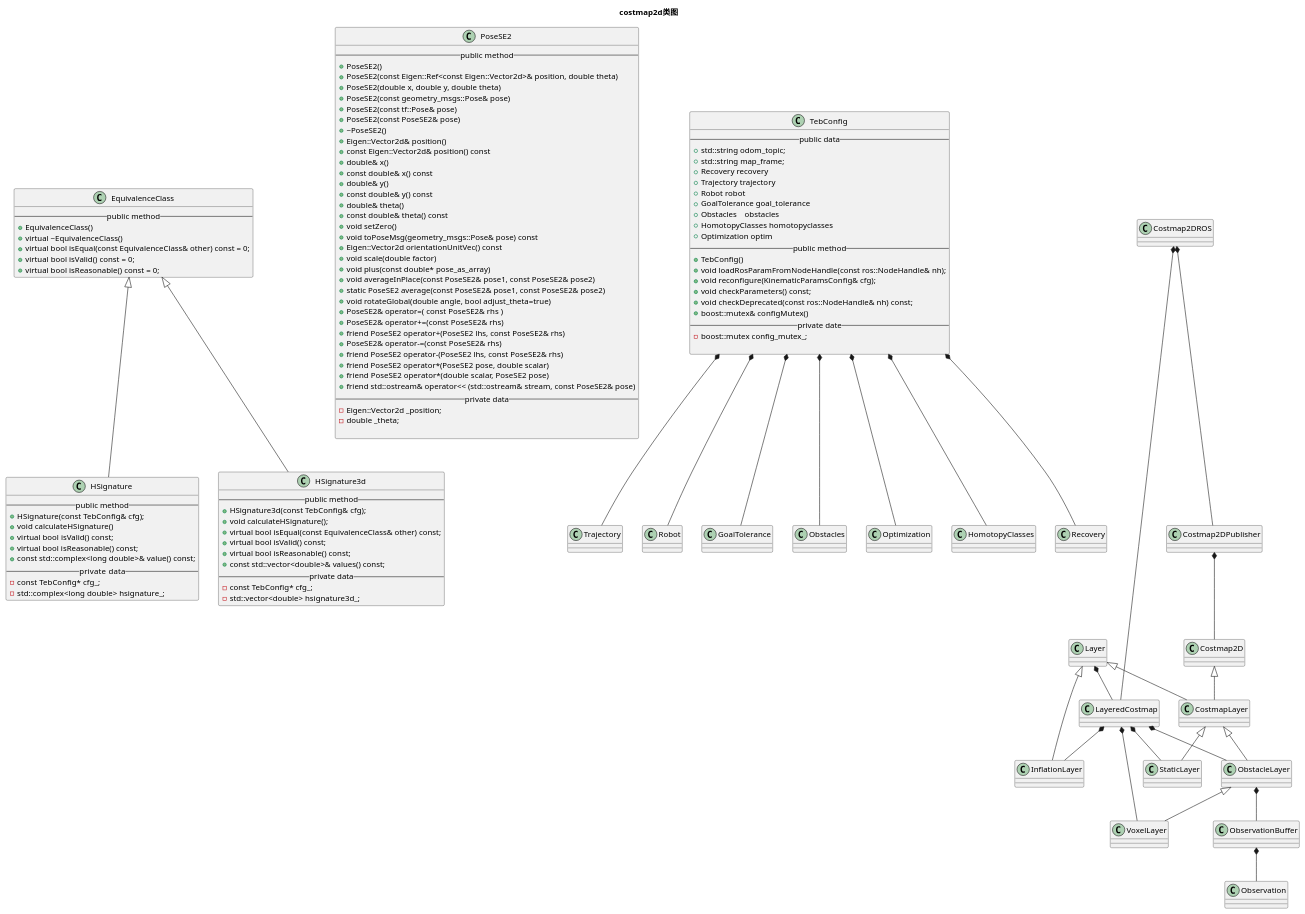
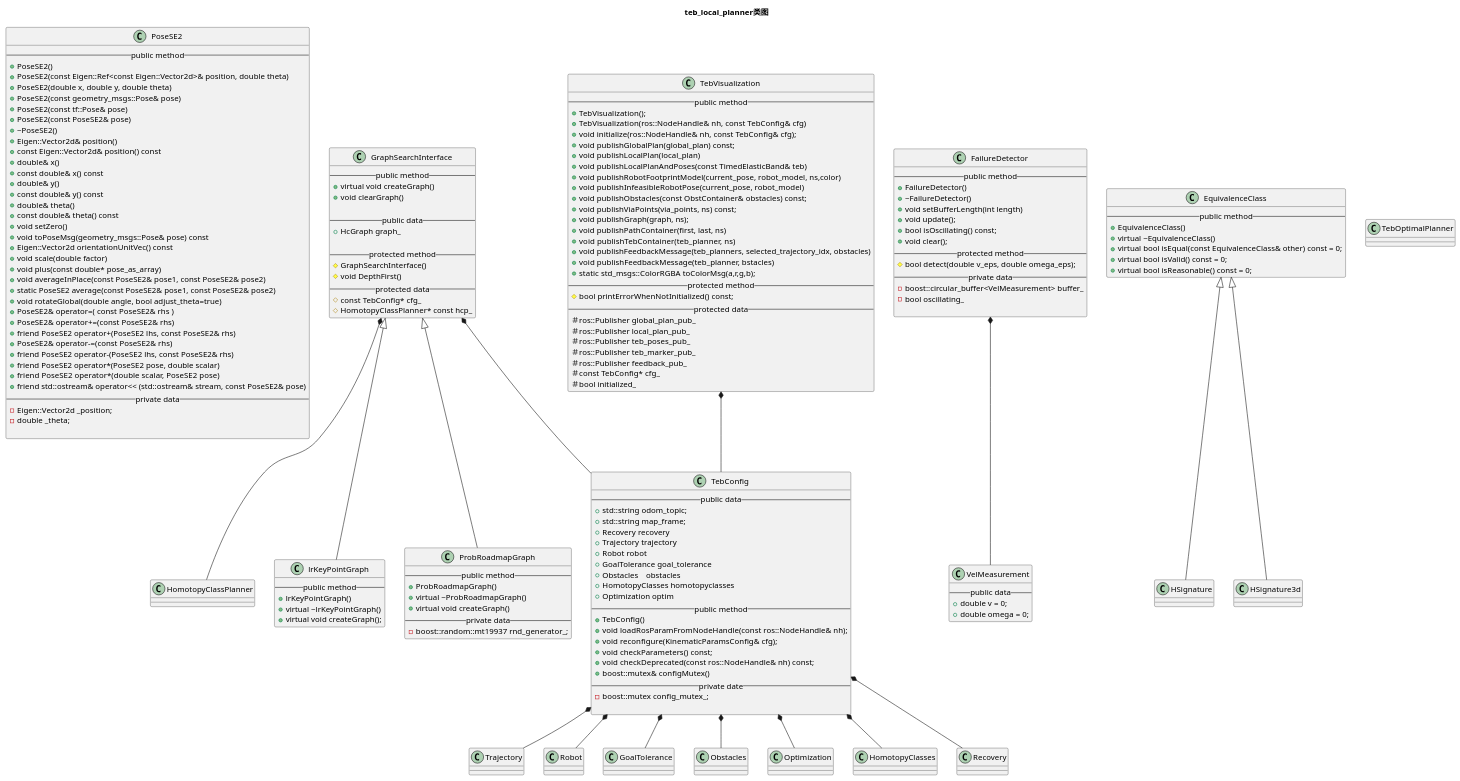
One commit to cf-zhang/documents changed the diagram in ros/umlresource/teb/teb_local_planner.puml. Above: the diagram before and after it, drawn with PlantUML. The commit also changed other lines of this file and 4 other files, not shown here.

```diff
--- a/ros/umlresource/teb/teb_local_planner.puml
+++ b/ros/umlresource/teb/teb_local_planner.puml
@@ -1,18 +2,5 @@
 @startuml
-Title "costmap2d类图"
-
-class EquivalenceClass
-{
--- public method --
-   +EquivalenceClass()
-   +virtual ~EquivalenceClass()
-   +virtual bool isEqual(const EquivalenceClass& other) const = 0;
-   +virtual bool isValid() const = 0;
-   +virtual bool isReasonable() const = 0;
-}
-
-
-
+Title "teb_local_planner类图"
 class PoseSE2
 {
 -- public method --
@@ -54,33 +42,103 @@
 }
 
 
+class HomotopyClassPlanner
+
+
+class GraphSearchInterface
+{
+-- public method --
++virtual void createGraph()
++void clearGraph()
+
+-- public data --
++HcGraph graph_
+
+-- protected method --
+#GraphSearchInterface()
+#void DepthFirst()
+-- protected data --
+#const TebConfig* cfg_
+#HomotopyClassPlanner* const hcp_
+}
+
+
+class lrKeyPointGraph
+{
+-- public method --
++lrKeyPointGraph()
++virtual ~lrKeyPointGraph()
++virtual void createGraph();
+}
+
+
+class ProbRoadmapGraph
+{
+-- public method --
++ProbRoadmapGraph()
++virtual ~ProbRoadmapGraph()
++virtual void createGraph()
+--private data  --
+-boost::random::mt19937 rnd_generator_;
+}
+
+GraphSearchInterface *-- HomotopyClassPlanner
+GraphSearchInterface *-- TebConfig
+GraphSearchInterface <|-- lrKeyPointGraph
+GraphSearchInterface <|-- ProbRoadmapGraph
+
+
+class VelMeasurement
+{
+-- public data --
++double v = 0;
++double omega = 0;
+}
+class FailureDetector
+{
+-- public method --
++FailureDetector()
++~FailureDetector()
++void setBufferLength(int length)
++void update();
++bool isOscillating() const;
++void clear();
+-- protected method --
+#bool detect(double v_eps, double omega_eps);
+-- private data --
+-boost::circular_buffer<VelMeasurement> buffer_
+-bool oscillating_
+
+}
+
+FailureDetector *-- VelMeasurement
+
+
+
+
+
+
+
+
+
+
+
+
 
 class HSignature
+class HSignature3d
+class EquivalenceClass
 {
 -- public method --
-  +HSignature(const TebConfig& cfg);
-  +void calculateHSignature()
-  +virtual bool isValid() const;
-  +virtual bool isReasonable() const;
-  +const std::complex<long double>& value() const;
--- private  data --
-  -const TebConfig* cfg_;
-  -std::complex<long double> hsignature_;
+   +EquivalenceClass()
+   +virtual ~EquivalenceClass()
+   +virtual bool isEqual(const EquivalenceClass& other) const = 0;
+   +virtual bool isValid() const = 0;
+   +virtual bool isReasonable() const = 0;
 }
 
-class HSignature3d
-{
---public method --
-  +HSignature3d(const TebConfig& cfg);
-  +void calculateHSignature();
-  +virtual bool isEqual(const EquivalenceClass& other) const;
-  +virtual bool isValid() const;
-  +virtual bool isReasonable() const;
-  +const std::vector<double>& values() const;
--- private data --
-  -const TebConfig* cfg_;
-  -std::vector<double> hsignature3d_;
-}
+EquivalenceClass <|-- HSignature
+EquivalenceClass <|-- HSignature3d
 
 
 
@@ -116,14 +174,6 @@
 
 }
 
-
-
-
-
-EquivalenceClass <|-- HSignature
-EquivalenceClass <|-- HSignature3d
-
-
 TebConfig *-- Recovery
 TebConfig *-- Trajectory
 TebConfig *-- Robot
@@ -133,27 +183,46 @@
 TebConfig *-- Optimization
 
 
+class TebOptimalPlanner
+
+class TebVisualization
+{
+--public method--
++TebVisualization();
++TebVisualization(ros::NodeHandle& nh, const TebConfig& cfg)
++void initialize(ros::NodeHandle& nh, const TebConfig& cfg);
++void publishGlobalPlan(global_plan) const;
++void publishLocalPlan(local_plan)
++void publishLocalPlanAndPoses(const TimedElasticBand& teb)
++void publishRobotFootprintModel(current_pose, robot_model, ns,color)
++void publishInfeasibleRobotPose(current_pose, robot_model)
++void publishObstacles(const ObstContainer& obstacles) const;
++void publishViaPoints(via_points, ns) const;
++void publishGraph(graph, ns);
++void publishPathContainer(first, last, ns)
++void publishTebContainer(teb_planner, ns)
++void publishFeedbackMessage(teb_planners, selected_trajectory_idx, obstacles)
++void publishFeedbackMessage(teb_planner, bstacles)
++static std_msgs::ColorRGBA toColorMsg(a,r,g,b);
+-- protected method --
+#bool printErrorWhenNotInitialized() const;
+-- protected data --
+＃ros::Publisher global_plan_pub_
+＃ros::Publisher local_plan_pub_
+＃ros::Publisher teb_poses_pub_
+＃ros::Publisher teb_marker_pub_
+＃ros::Publisher feedback_pub_
+＃const TebConfig* cfg_
+＃bool initialized_
+}
 
 
 
-Costmap2DROS *-- Costmap2DPublisher
-Costmap2DROS *-- LayeredCostmap
-Costmap2DPublisher *-- Costmap2D
-Layer *-- LayeredCostmap
-LayeredCostmap *-- InflationLayer
-LayeredCostmap *-- ObstacleLayer
-LayeredCostmap *-- StaticLayer
-LayeredCostmap *-- VoxelLayer
+TebVisualization *-- TebConfig
 
-ObstacleLayer *-- ObservationBuffer
-ObservationBuffer *-- Observation
-Layer <|-- InflationLayer
 
-CostmapLayer <|-- StaticLayer
-Costmap2D <|-- CostmapLayer
-Layer <|-- CostmapLayer
-CostmapLayer <|-- ObstacleLayer
-ObstacleLayer <|-- VoxelLayer
+
+
 
 
 @enduml
```
